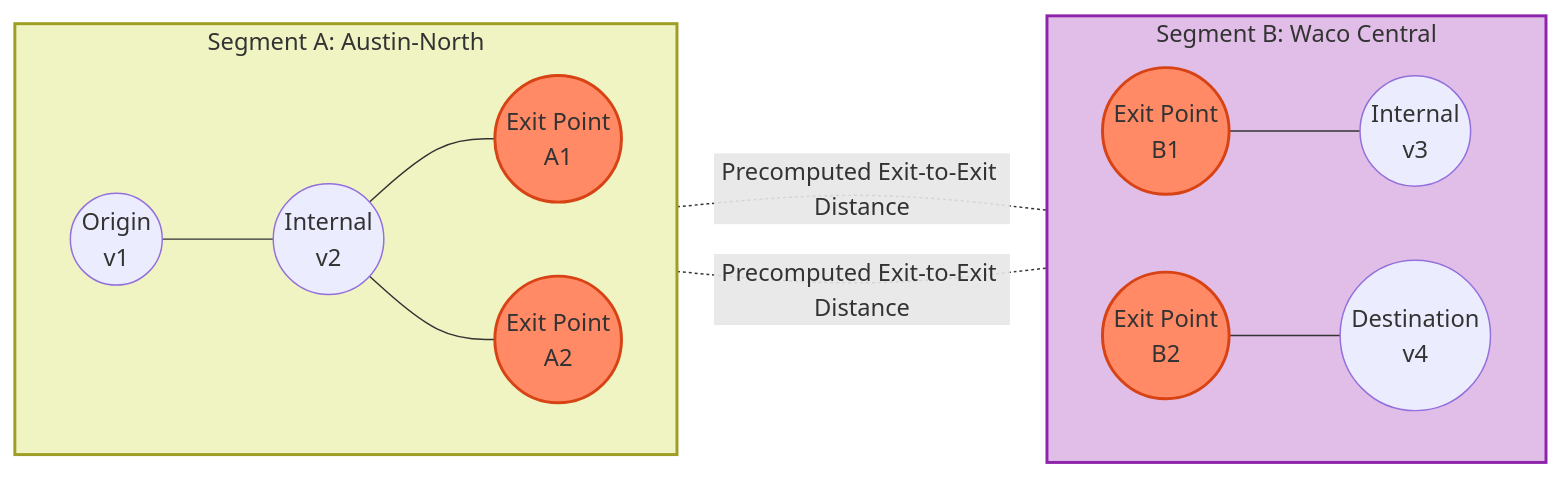
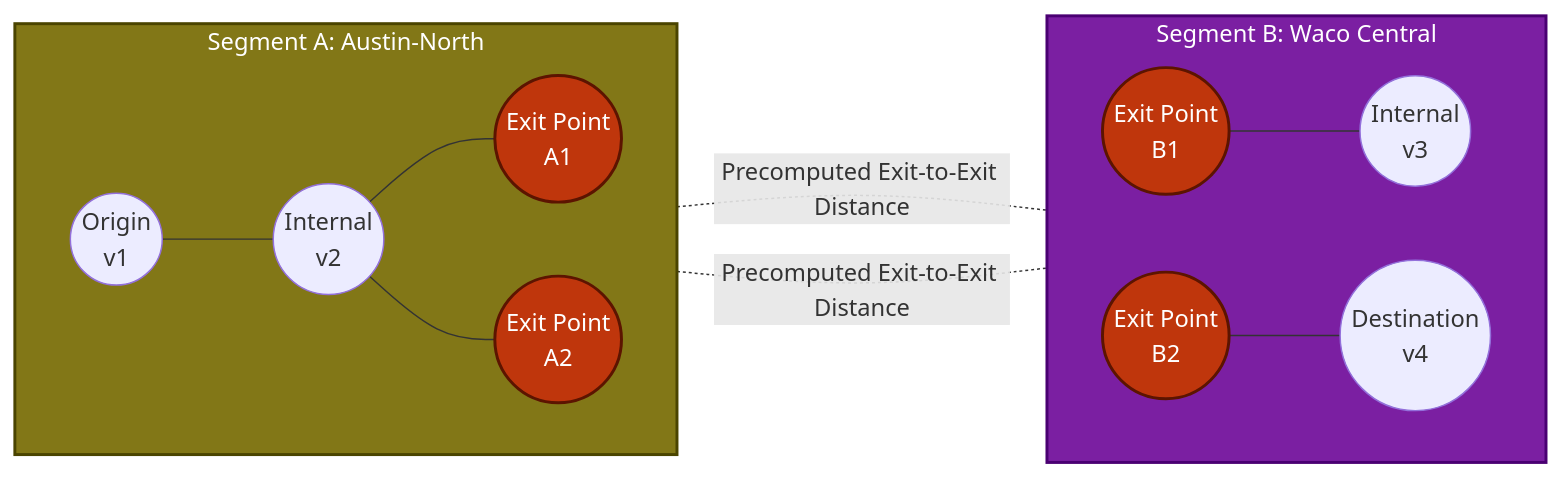
Before and after one commit to riyaz-pasha/Learnings: the second of 20 diagrams in system-design/HLD/0-course/28-Design Google Maps-FAANG-Guide-story.md, drawn with Mermaid. The commit also changed other lines of this file and 1 other file, not shown here.

First line of the commit message:
[HLD] Make Google Maps guide mermaid diagram colors theme-safe

````diff
--- a/system-design/HLD/0-course/28-Design Google Maps-FAANG-Guide-story.md
+++ b/system-design/HLD/0-course/28-Design Google Maps-FAANG-Guide-story.md
@@ -136,25 +136,25 @@
 ```mermaid
 flowchart LR
     subgraph SegA["Segment A: Austin-North"]
         direction LR
         A_start(("Origin<br/>v1")) --- A_int(("Internal<br/>v2"))
         A_int --- E1(("Exit Point<br/>A1"))
         A_int --- E2(("Exit Point<br/>A2"))
     end
 
     subgraph SegB["Segment B: Waco Central"]
         direction LR
         E3(("Exit Point<br/>B1")) --- B_int(("Internal<br/>v3"))
         E4(("Exit Point<br/>B2")) --- B_dest(("Destination<br/>v4"))
     end
 
     E1 -.-|"Precomputed Exit-to-Exit Distance"| E3
     E2 -.-|"Precomputed Exit-to-Exit Distance"| E4
 
-    style SegA fill:#f0f4c3,stroke:#9e9d24,stroke-width:2px
-    style SegB fill:#e1bee7,stroke:#8e24aa,stroke-width:2px
-    style E1 fill:#ff8a65,stroke:#d84315,stroke-width:2px
-    style E2 fill:#ff8a65,stroke:#d84315,stroke-width:2px
-    style E3 fill:#ff8a65,stroke:#d84315,stroke-width:2px
-    style E4 fill:#ff8a65,stroke:#d84315,stroke-width:2px
+    style SegA fill:#827717,stroke:#4a4400,color:#ffffff,stroke-width:2px
+    style SegB fill:#7b1fa2,stroke:#4a0072,color:#ffffff,stroke-width:2px
+    style E1 fill:#bf360c,stroke:#5c1400,color:#ffffff,stroke-width:2px
+    style E2 fill:#bf360c,stroke:#5c1400,color:#ffffff,stroke-width:2px
+    style E3 fill:#bf360c,stroke:#5c1400,color:#ffffff,stroke-width:2px
+    style E4 fill:#bf360c,stroke:#5c1400,color:#ffffff,stroke-width:2px
 ```
````
